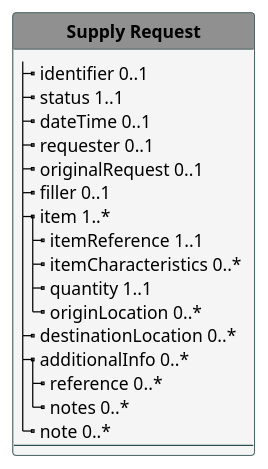
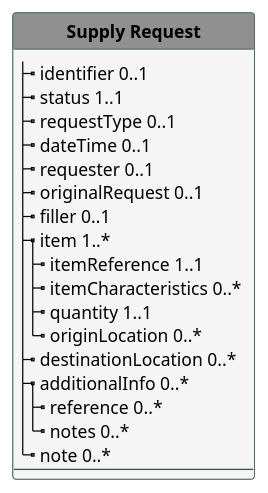
One commit to IHE/pharm-supply changed the diagram in input/images-source/model-supplyrequest.plantuml. Above: the diagram before and after it, drawn with PlantUML. The commit also changed 2 other files, not shown here.

```diff
--- a/input/images-source/model-supplyrequest.plantuml
+++ b/input/images-source/model-supplyrequest.plantuml
@@ -1,44 +1,45 @@
 @startuml
 'skinparam linetype polyline
 'skinparam linetype ortho
 hide circle
 hide stereotype
 
 '!pragma layout smetana
 
 skinparam class<<MD>> {
  BorderColor DarkSlateGray
  BackgroundColor WhiteSmoke
  HeaderBackgroundColor #909090
 }
 
 skinparam class<<TM>> {
  BorderColor #505090
  BackgroundColor APPLICATION
  HeaderBackgroundColor SkyBlue
 }
 
 
     class "**Supply Request**"<<MD>> {
         |_ identifier 0..1
         |_ status 1..1
+        |_ requestType 0..1
         |_ dateTime 0..1
         |_ requester 0..1
         |_ originalRequest 0..1
         |_ filler 0..1
         |_ item 1..*
           |_ itemReference 1..1
           |_ itemCharacteristics 0..*
           |_ quantity 1..1
           |_ originLocation 0..*
         |_ destinationLocation 0..*    
         |_ additionalInfo 0..*  
           |_ reference 0..*  
           |_ notes 0..*  
         |_ note 0..* 
         --
     }
 
 
 
 @enduml
```
